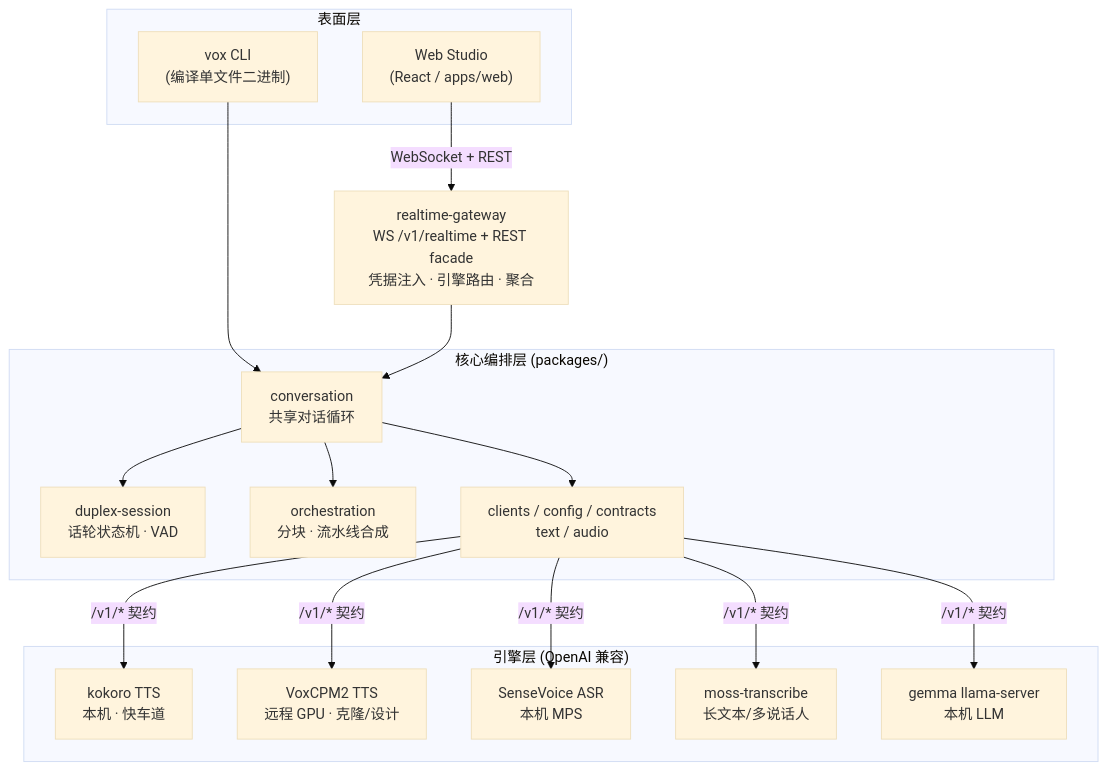
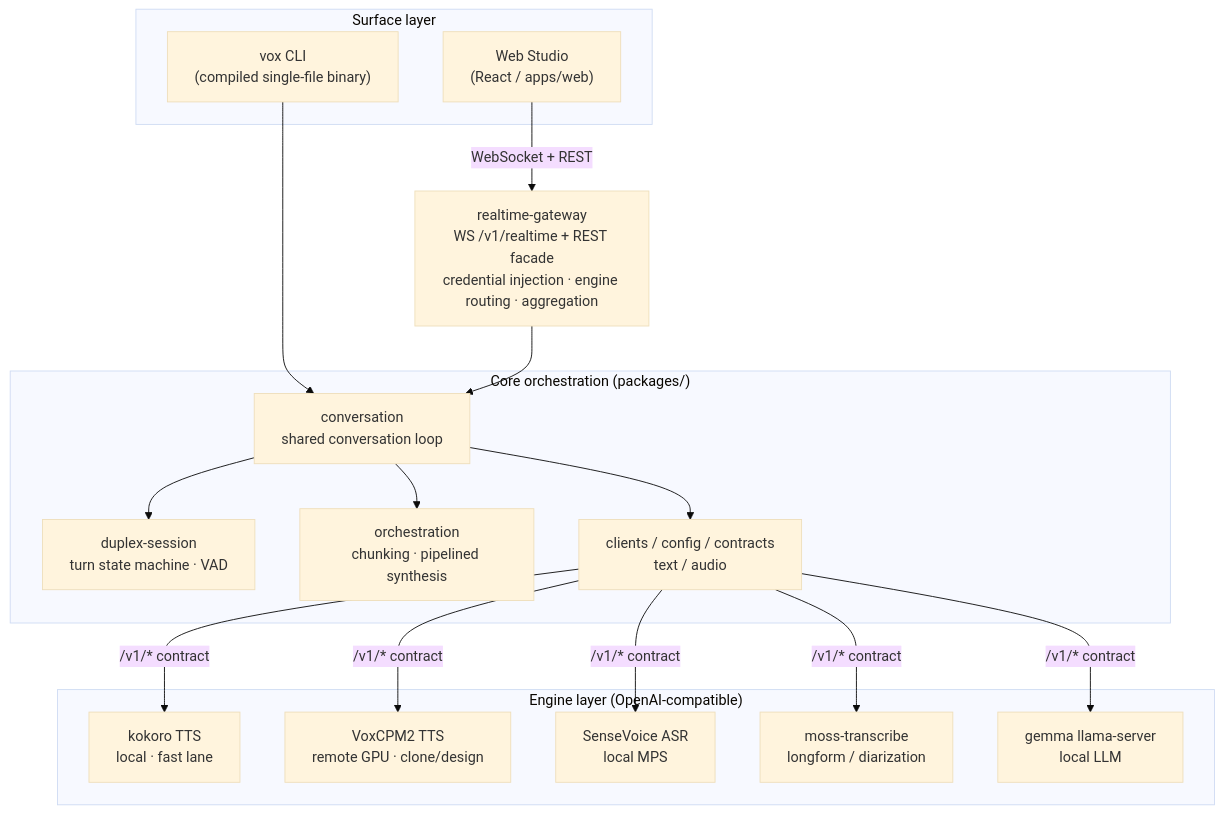
The first of 2 diagrams in docs/technical-report.md (liuzl/voxstudio), drawn with Mermaid (base theme) before and after one commit. The commit also changed other lines of this file and 3 other files, not shown here.

````diff
--- a/docs/technical-report.md
+++ b/docs/technical-report.md
@@ -43,28 +40,28 @@
 ```mermaid
 flowchart TB
-  subgraph surfaces["表面层"]
-    CLI["vox CLI<br/>(编译单文件二进制)"]
+  subgraph surfaces["Surface layer"]
+    CLI["vox CLI<br/>(compiled single-file binary)"]
     WEB["Web Studio<br/>(React / apps/web)"]
   end
-  GW["realtime-gateway<br/>WS /v1/realtime + REST facade<br/>凭据注入 · 引擎路由 · 聚合"]
-  subgraph core["核心编排层 (packages/)"]
-    CONV["conversation<br/>共享对话循环"]
-    DUP["duplex-session<br/>话轮状态机 · VAD"]
-    ORCH["orchestration<br/>分块 · 流水线合成"]
+  GW["realtime-gateway<br/>WS /v1/realtime + REST facade<br/>credential injection · engine routing · aggregation"]
+  subgraph core["Core orchestration (packages/)"]
+    CONV["conversation<br/>shared conversation loop"]
+    DUP["duplex-session<br/>turn state machine · VAD"]
+    ORCH["orchestration<br/>chunking · pipelined synthesis"]
     CLIENTS["clients / config / contracts<br/>text / audio"]
   end
-  subgraph engines["引擎层 (OpenAI 兼容)"]
-    K["kokoro TTS<br/>本机 · 快车道"]
-    V["VoxCPM2 TTS<br/>远程 GPU · 克隆/设计"]
-    S["SenseVoice ASR<br/>本机 MPS"]
-    M["moss-transcribe<br/>长文本/多说话人"]
-    G["gemma llama-server<br/>本机 LLM"]
+  subgraph engines["Engine layer (OpenAI-compatible)"]
+    K["kokoro TTS<br/>local · fast lane"]
+    V["VoxCPM2 TTS<br/>remote GPU · clone/design"]
+    S["SenseVoice ASR<br/>local MPS"]
+    M["moss-transcribe<br/>longform / diarization"]
+    G["gemma llama-server<br/>local LLM"]
   end
   CLI --> CONV
   WEB -->|"WebSocket + REST"| GW
   GW --> CONV
   CONV --> DUP
   CONV --> ORCH
   CONV --> CLIENTS
-  CLIENTS -->|"/v1/* 契约"| K & V & S & M & G
+  CLIENTS -->|"/v1/* contract"| K & V & S & M & G
 ```
````
